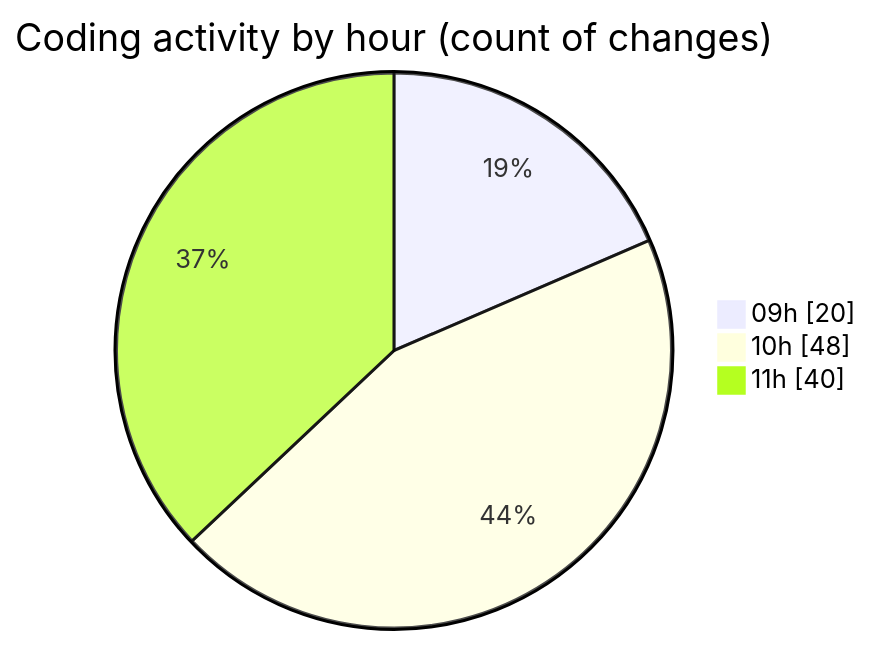
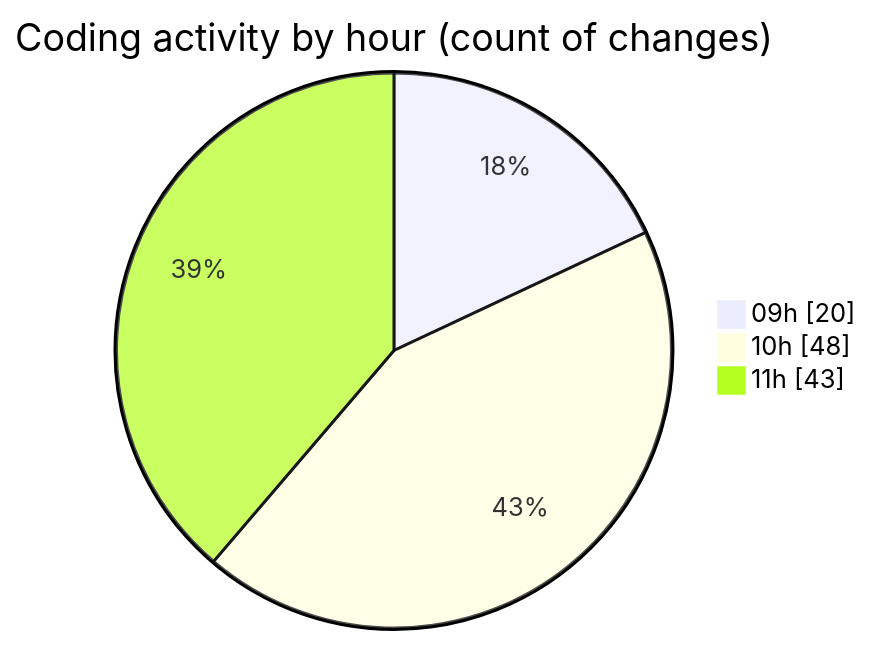
Before and after one commit to robertbonfada/code-tracking: the second of 2 diagrams in 2025-03-19/peregrino-web/README.md, drawn with Mermaid. The commit also changed other lines of this file and 1 other file, not shown here.

````diff
--- a/2025-03-19/peregrino-web/README.md
+++ b/2025-03-19/peregrino-web/README.md
@@ -46,7 +46,7 @@
 ```mermaid
 pie showData
 title Coding activity by hour (count of changes)
 "09h" : 20
 "10h" : 48
-"11h" : 40
+"11h" : 43
 ```
````
